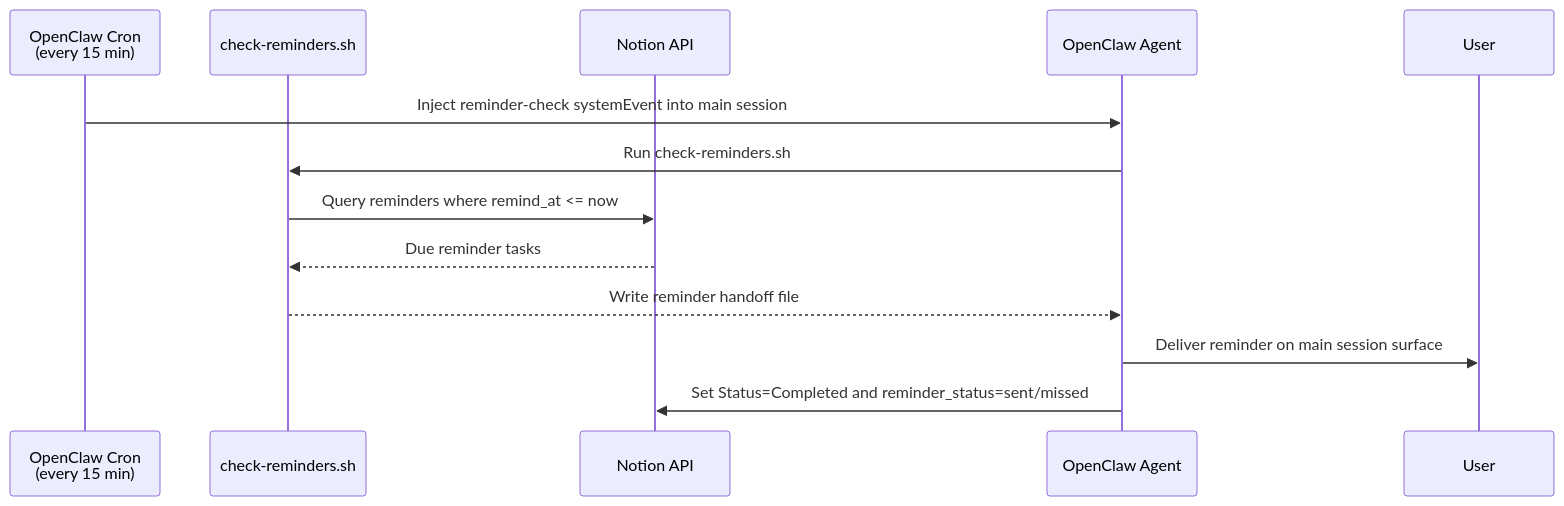
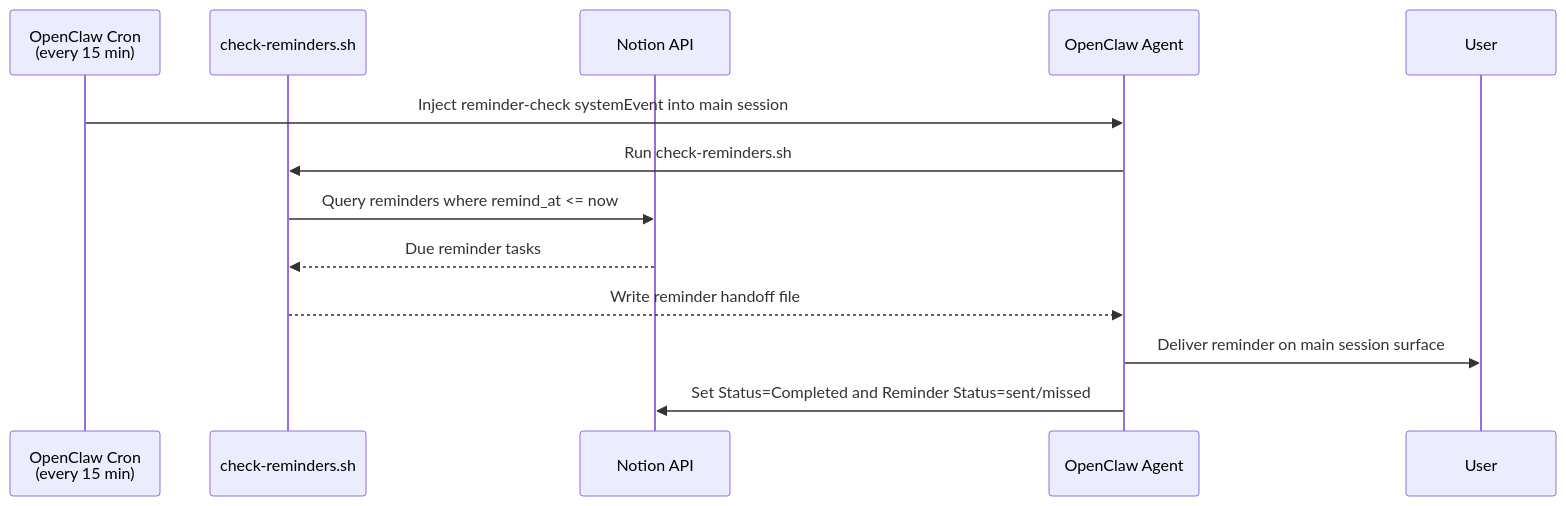
One commit to NickBorgersProbably/hide-my-list changed the fifth of 6 diagrams in docs/architecture.md. Above: the diagram before and after it, drawn with Mermaid. The commit also changed 3 other files, not shown here.

````diff
--- a/docs/architecture.md
+++ b/docs/architecture.md
@@ -198,16 +198,16 @@
 ```mermaid
 sequenceDiagram
     participant Cron as OpenClaw Cron<br/>(every 15 min)
     participant Script as check-reminders.sh
     participant Notion as Notion API
     participant Agent as OpenClaw Agent
     participant User
 
     Cron->>Agent: Inject reminder-check systemEvent into main session
     Agent->>Script: Run check-reminders.sh
     Script->>Notion: Query reminders where remind_at <= now
     Notion-->>Script: Due reminder tasks
     Script-->>Agent: Write reminder handoff file
     Agent->>User: Deliver reminder on main session surface
-    Agent->>Notion: Set Status=Completed and reminder_status=sent/missed
+    Agent->>Notion: Set Status=Completed and Reminder Status=sent/missed
 ```
````
